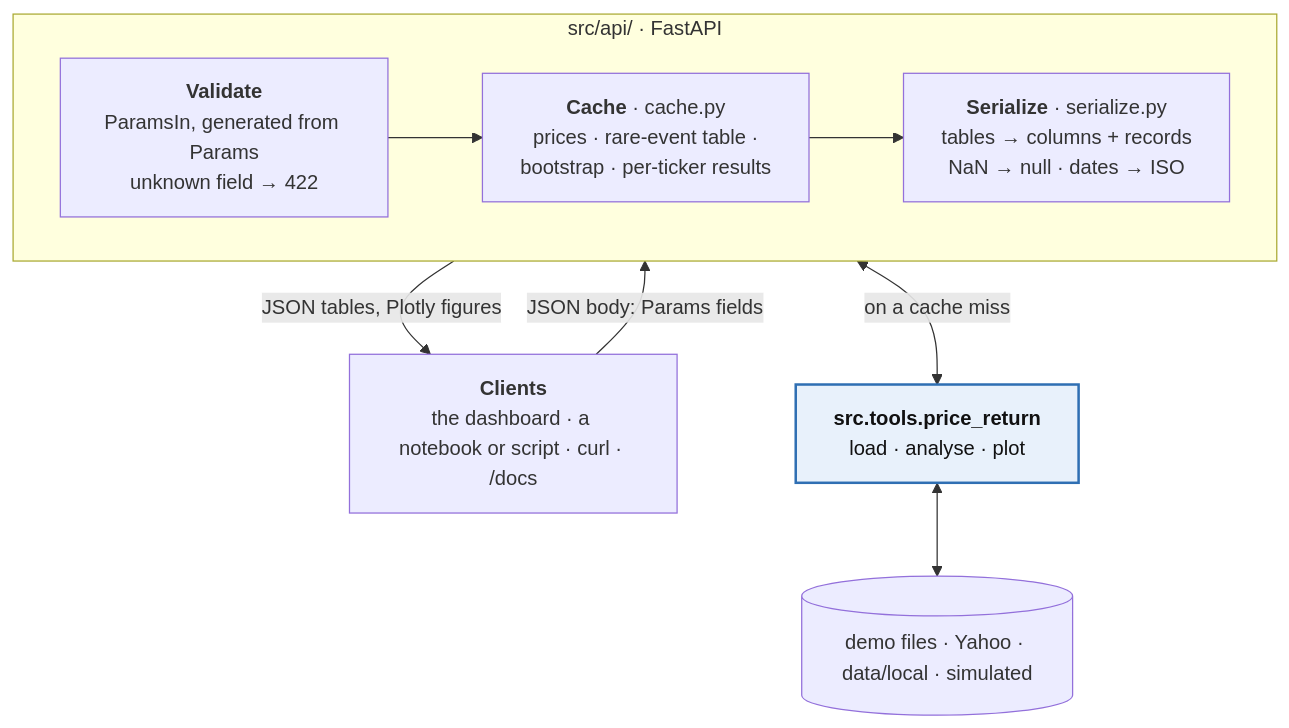
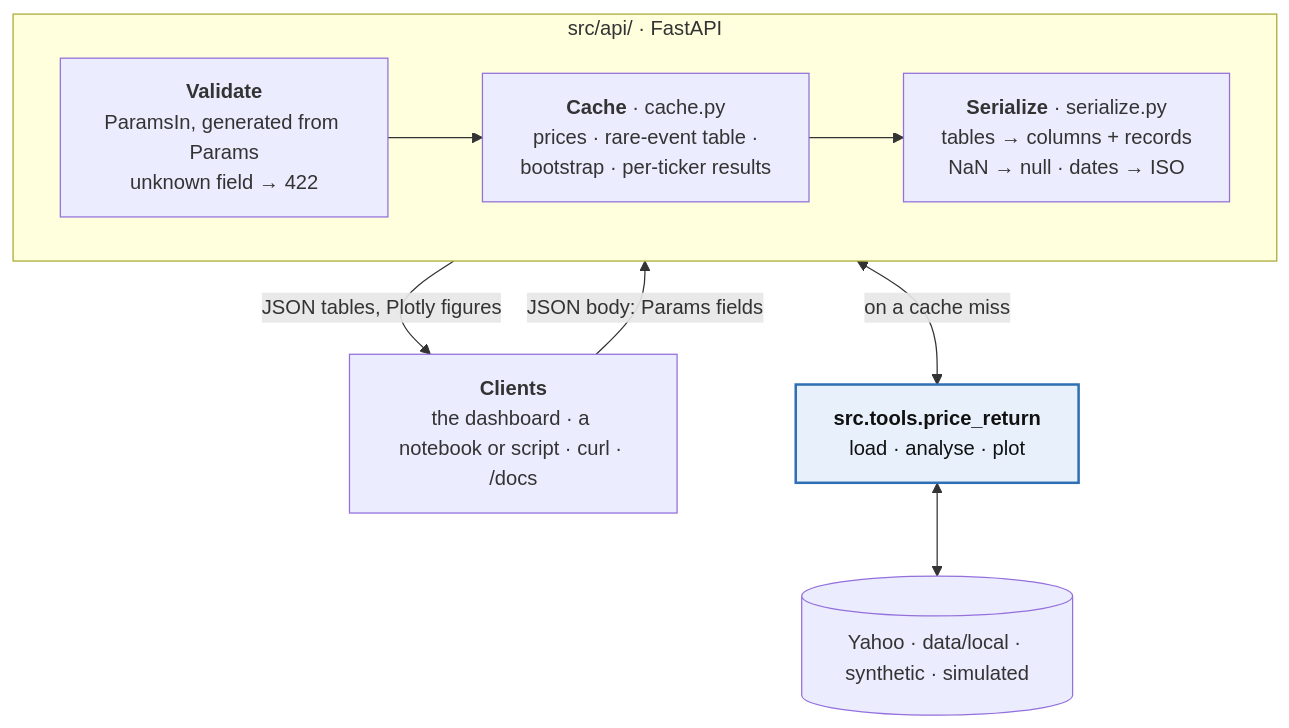
The second of 3 diagrams in docs/api.md (ds-playground/quant_dev), drawn with Mermaid before and after one commit. The commit also changed other lines of this file and 15 other files, not shown here.

````diff
--- a/docs/api.md
+++ b/docs/api.md
@@ -128,16 +129,16 @@
 ```mermaid
 flowchart TB
     C["<b>Clients</b><br/>the dashboard · a notebook or script · curl · /docs"]
     subgraph API["src/api/ · FastAPI"]
         direction LR
         V["<b>Validate</b><br/>ParamsIn, generated from Params<br/>unknown field → 422"] --> K["<b>Cache</b> · cache.py<br/>prices · rare-event table ·<br/>bootstrap · per-ticker results"] --> S["<b>Serialize</b> · serialize.py<br/>tables → columns + records<br/>NaN → null · dates → ISO"]
     end
     PKG["<b>src.tools.price_return</b><br/>load · analyse · plot"]
-    DATA[("demo files · Yahoo · data/local · simulated")]
+    DATA[("Yahoo · data/local · synthetic · simulated")]
     C -->|"JSON body: Params fields"| API
     API -->|"JSON tables, Plotly figures"| C
     API <-->|on a cache miss| PKG
     PKG <--> DATA
     classDef pkg fill:#e8f1fb,stroke:#2f6fb3,stroke-width:2px,color:#111;
     class PKG pkg;
 ```
````
